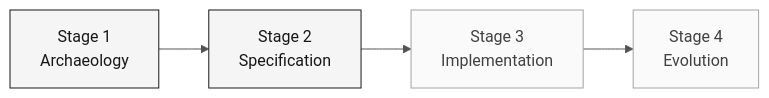
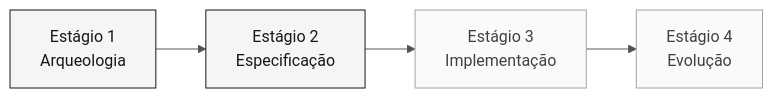
The diagram in 05-personas/01-product-owner/PERSONA.md (paulasilvatech/datacorp-sifap-team-kit-pt-br), drawn with Mermaid before and after one commit. The commit also changed other lines of this file and 361 other files, not shown here.

````diff
--- a/05-personas/01-product-owner/PERSONA.md
+++ b/05-personas/01-product-owner/PERSONA.md
@@ -32,11 +32,11 @@
 ```mermaid
 %%{init: {'theme':'neutral','themeVariables':{'fontFamily':'ui-sans-serif, system-ui, sans-serif','primaryColor':'#F5F5F5','primaryTextColor':'#171717','primaryBorderColor':'#171717','lineColor':'#525252','secondaryColor':'#FFFFFF','tertiaryColor':'#FAFAFA','background':'#FFFFFF'}}}%%
 flowchart LR
     classDef active fill:#F5F5F5,stroke:#171717,color:#171717
     classDef support fill:#FAFAFA,stroke:#A3A3A3,color:#404040
     classDef inactive fill:#FFFFFF,stroke:#E5E5E5,color:#A3A3A3
 
-    E1["Stage 1<br/>Archaeology"]:::active --> E2["Stage 2<br/>Specification"]:::active
-    E2 --> E3["Stage 3<br/>Implementation"]:::support
-    E3 --> E4["Stage 4<br/>Evolution"]:::support
+    E1["Estágio 1<br/>Arqueologia"]:::active --> E2["Estágio 2<br/>Especificação"]:::active
+    E2 --> E3["Estágio 3<br/>Implementação"]:::support
+    E3 --> E4["Estágio 4<br/>Evolução"]:::support
 ```
````
